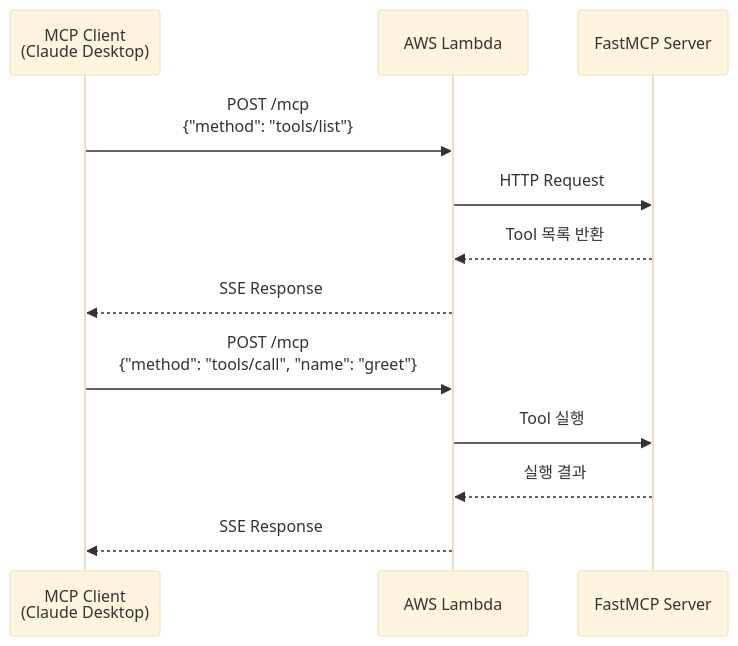
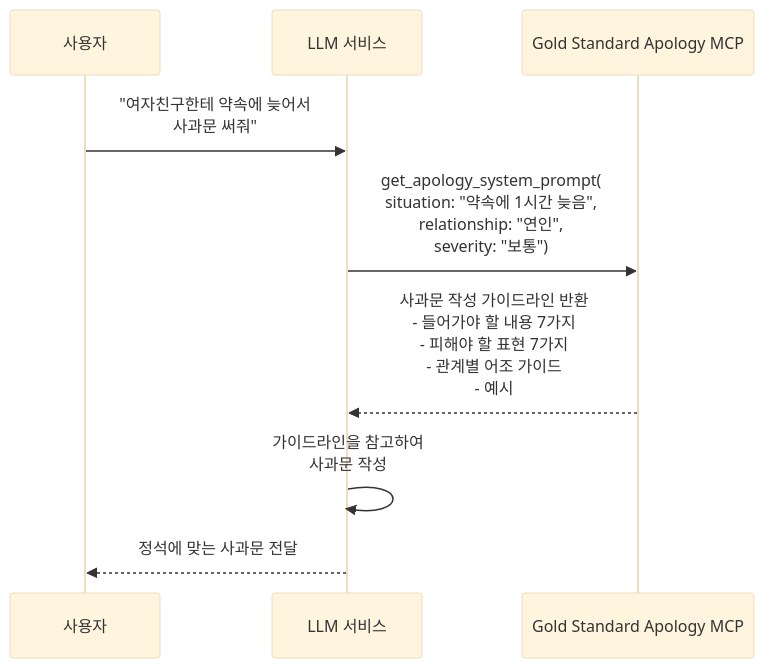
Before and after one commit to 132262B/gold-standard-apology-mcp: the diagram in README.md, drawn with Mermaid (base theme). The commit also changed other lines of this file, not shown here.

````diff
--- a/README.md
+++ b/README.md
@@ -36,16 +11,16 @@
 ```mermaid
 sequenceDiagram
-    participant Client as MCP Client<br/>(Claude Desktop)
-    participant Lambda as AWS Lambda
-    participant Server as FastMCP Server
+    participant User as 사용자
+    participant LLM as LLM 서비스
+    participant MCP as Gold Standard Apology MCP
 
-    Client->>Lambda: POST /mcp<br/>{"method": "tools/list"}
-    Lambda->>Server: HTTP Request
-    Server-->>Lambda: Tool 목록 반환
-    Lambda-->>Client: SSE Response
+    User->>LLM: "여자친구한테 약속에 늦어서<br/>사과문 써줘"
 
-    Client->>Lambda: POST /mcp<br/>{"method": "tools/call", "name": "greet"}
-    Lambda->>Server: Tool 실행
-    Server-->>Lambda: 실행 결과
-    Lambda-->>Client: SSE Response
+    LLM->>MCP: get_apology_system_prompt(<br/>situation: "약속에 1시간 늦음",<br/>relationship: "연인",<br/>severity: "보통")
+
+    MCP-->>LLM: 사과문 작성 가이드라인 반환<br/>- 들어가야 할 내용 7가지<br/>- 피해야 할 표현 7가지<br/>- 관계별 어조 가이드<br/>- 예시
+
+    LLM->>LLM: 가이드라인을 참고하여<br/>사과문 작성
+
+    LLM-->>User: 정석에 맞는 사과문 전달
 ```
````
